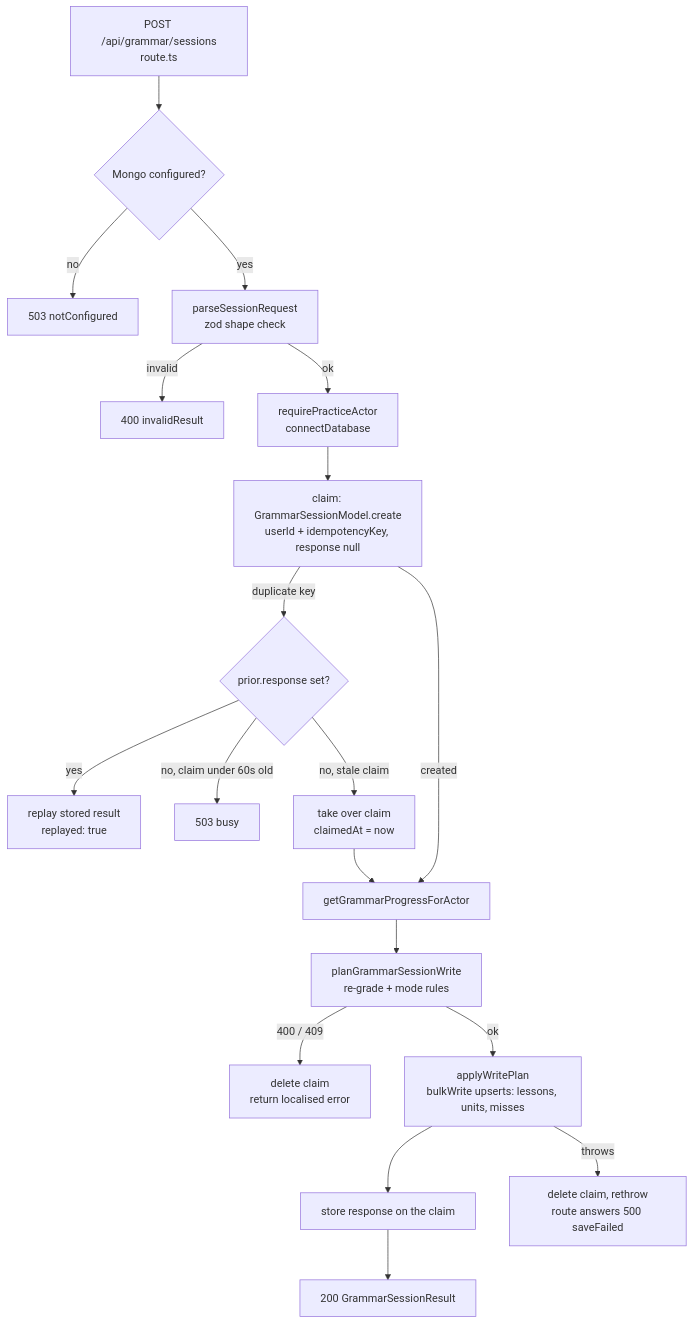
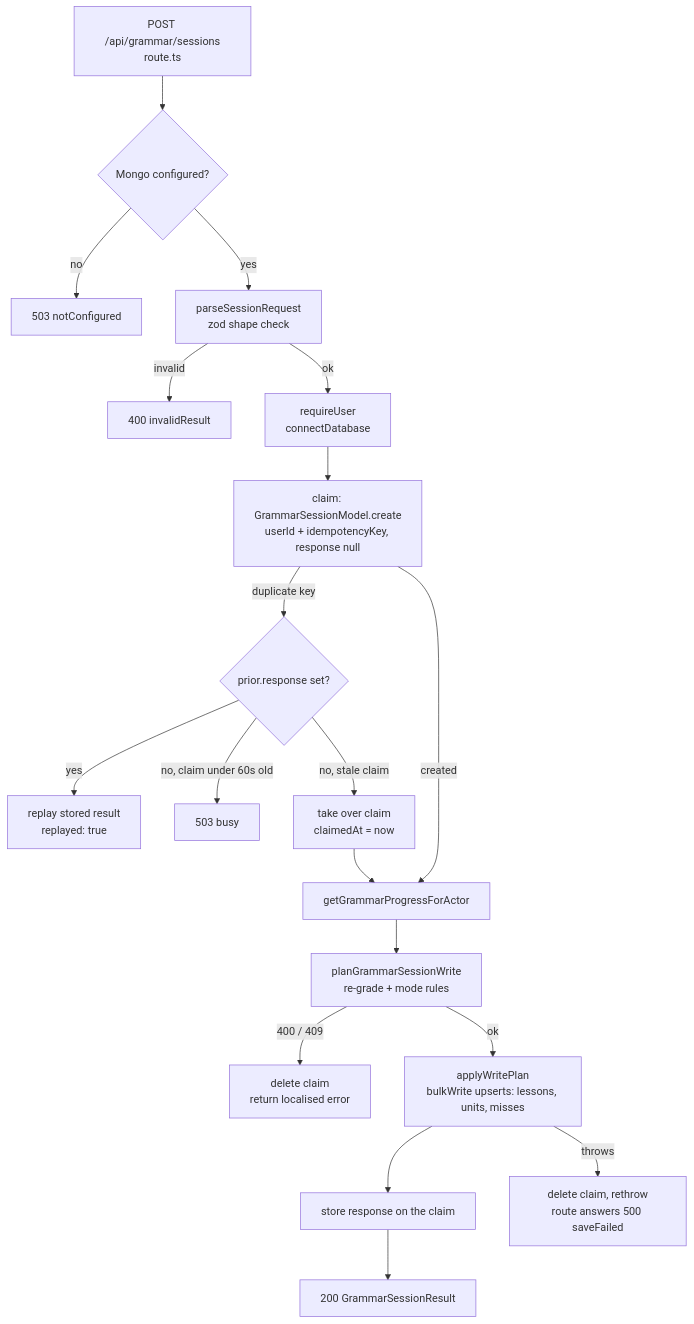
One commit to NaKMiers/English_For_Only_Me changed the third of 3 diagrams in docs/08-grammar.md. Above: the diagram before and after it, drawn with Mermaid. The commit also changed other lines of this file and 181 other files, not shown here.

````diff
--- a/docs/08-grammar.md
+++ b/docs/08-grammar.md
@@ -492,21 +489,21 @@
 ```mermaid
 flowchart TD
   A["POST /api/grammar/sessions<br/>route.ts"] --> B{"Mongo configured?"}
   B -- no --> B1["503 notConfigured"]
   B -- yes --> C["parseSessionRequest<br/>zod shape check"]
   C -- invalid --> C1["400 invalidResult"]
-  C -- ok --> D["requirePracticeActor<br/>connectDatabase"]
+  C -- ok --> D["requireUser<br/>connectDatabase"]
   D --> E["claim: GrammarSessionModel.create<br/>userId + idempotencyKey, response null"]
   E -- duplicate key --> F{"prior.response set?"}
   F -- yes --> F1["replay stored result<br/>replayed: true"]
   F -- no, claim under 60s old --> F2["503 busy"]
   F -- no, stale claim --> F3["take over claim<br/>claimedAt = now"]
   E -- created --> G["getGrammarProgressForActor"]
   F3 --> G
   G --> H["planGrammarSessionWrite<br/>re-grade + mode rules"]
   H -- 400 / 409 --> H1["delete claim<br/>return localised error"]
   H -- ok --> I["applyWritePlan<br/>bulkWrite upserts: lessons, units, misses"]
   I --> J["store response on the claim"]
   J --> K["200 GrammarSessionResult"]
   I -- throws --> L["delete claim, rethrow<br/>route answers 500 saveFailed"]
 ```
````
